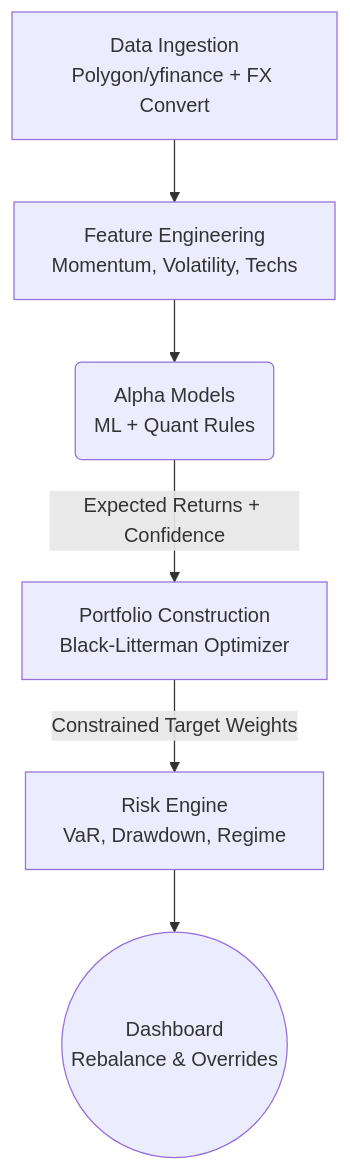
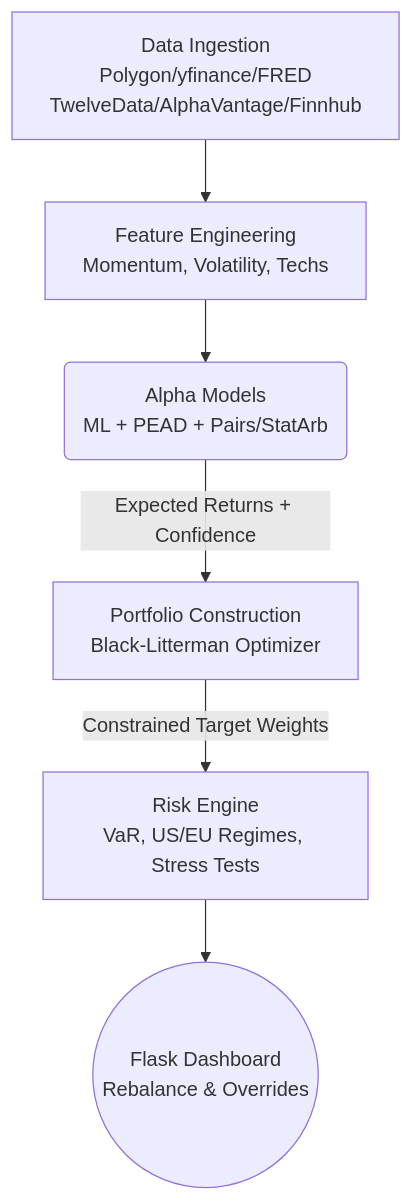
One commit to lifeIsShore/crypto-hedge-fund changed the diagram in README.md. Above: the diagram before and after it, drawn with Mermaid. The commit also changed other lines of this file and 3 other files, not shown here.

````diff
--- a/README.md
+++ b/README.md
@@ -17,8 +17,8 @@
 ```mermaid
 graph TD
-    A[Data Ingestion<br>Polygon/yfinance + FX Convert] --> B[Feature Engineering<br>Momentum, Volatility, Techs]
-    B --> C(Alpha Models<br>ML + Quant Rules)
+    A[Data Ingestion<br>Polygon/yfinance/FRED<br>TwelveData/AlphaVantage/Finnhub] --> B[Feature Engineering<br>Momentum, Volatility, Techs]
+    B --> C(Alpha Models<br>ML + PEAD + Pairs/StatArb)
     C -->|Expected Returns + Confidence| D[Portfolio Construction<br>Black-Litterman Optimizer]
-    D -->|Constrained Target Weights| E[Risk Engine<br>VaR, Drawdown, Regime]
-    E --> F((Dashboard<br>Rebalance & Overrides))
+    D -->|Constrained Target Weights| E[Risk Engine<br>VaR, US/EU Regimes, Stress Tests]
+    E --> F((Flask Dashboard<br>Rebalance & Overrides))
 ```
````
